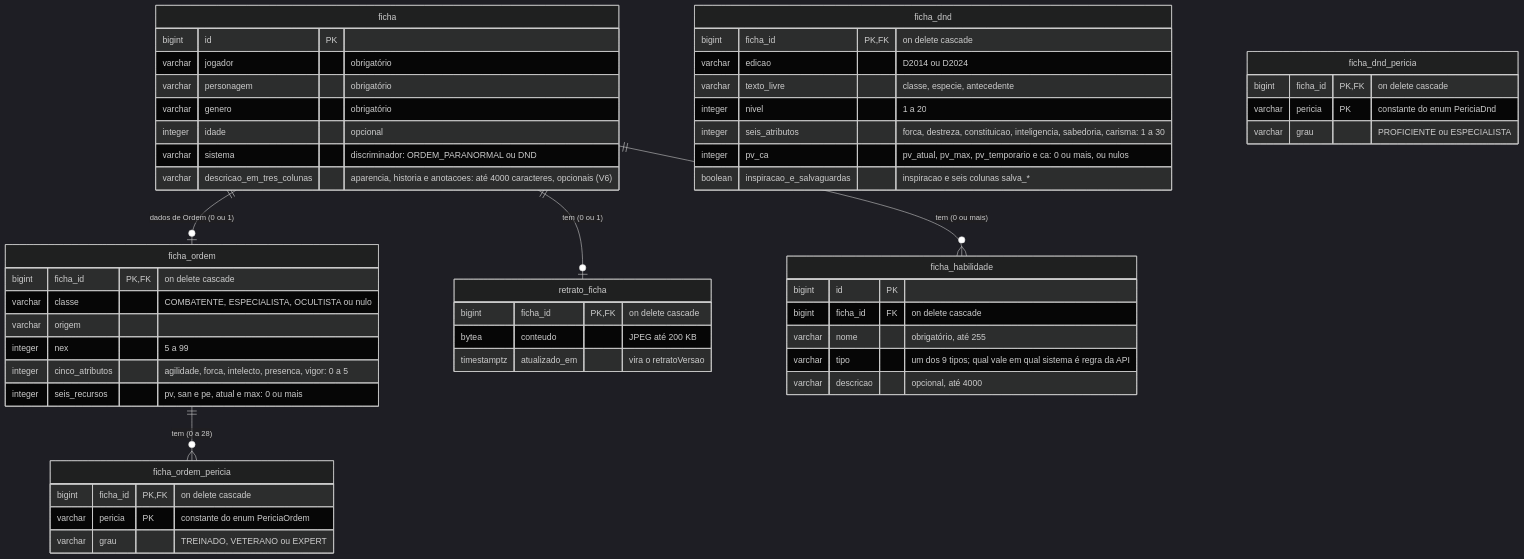
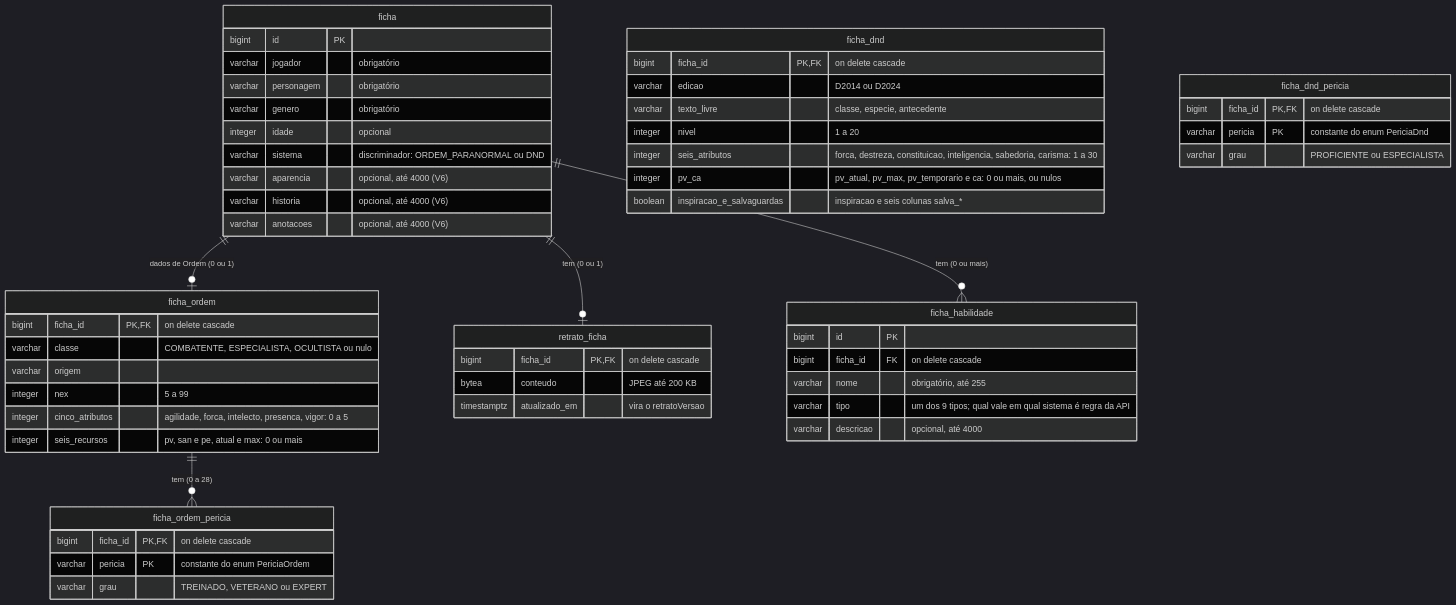
Before and after one commit to Deive25/Gerenciador-de-Fichas-RPG: the second of 2 diagrams in README.md, drawn with Mermaid (dark theme). The commit also changed other lines of this file, not shown here.

Commit message:
docs: ajustes no README do 2.1g (situacao dos PRs, diagrama ER e virgulas)

````diff
--- a/README.md
+++ b/README.md
@@ -342,55 +343,57 @@
 ```mermaid
 erDiagram
     ficha ||--o| ficha_ordem : "dados de Ordem (0 ou 1)"
     ficha_ordem ||--o{ ficha_ordem_pericia : "tem (0 a 28)"
     ficha ||--o| retrato_ficha : "tem (0 ou 1)"
     ficha ||--o{ ficha_habilidade : "tem (0 ou mais)"
     ficha {
         bigint id PK
         varchar jogador "obrigatório"
         varchar personagem "obrigatório"
         varchar genero "obrigatório"
         integer idade "opcional"
         varchar sistema "discriminador: ORDEM_PARANORMAL ou DND"
-        varchar descricao_em_tres_colunas "aparencia, historia e anotacoes: até 4000 caracteres, opcionais (V6)"
+        varchar aparencia "opcional, até 4000 (V6)"
+        varchar historia "opcional, até 4000 (V6)"
+        varchar anotacoes "opcional, até 4000 (V6)"
     }
     ficha_ordem {
         bigint ficha_id PK, FK "on delete cascade"
         varchar classe "COMBATENTE, ESPECIALISTA, OCULTISTA ou nulo"
         varchar origem
         integer nex "5 a 99"
         integer cinco_atributos "agilidade, forca, intelecto, presenca, vigor: 0 a 5"
         integer seis_recursos "pv, san e pe, atual e max: 0 ou mais"
     }
     ficha_ordem_pericia {
         bigint ficha_id PK, FK "on delete cascade"
         varchar pericia PK "constante do enum PericiaOrdem"
         varchar grau "TREINADO, VETERANO ou EXPERT"
     }
     ficha_dnd {
         bigint ficha_id PK, FK "on delete cascade"
         varchar edicao "D2014 ou D2024"
         varchar texto_livre "classe, especie, antecedente"
         integer nivel "1 a 20"
         integer seis_atributos "forca, destreza, constituicao, inteligencia, sabedoria, carisma: 1 a 30"
         integer pv_ca "pv_atual, pv_max, pv_temporario e ca: 0 ou mais, ou nulos"
         boolean inspiracao_e_salvaguardas "inspiracao e seis colunas salva_*"
     }
     ficha_dnd_pericia {
         bigint ficha_id PK, FK "on delete cascade"
         varchar pericia PK "constante do enum PericiaDnd"
         varchar grau "PROFICIENTE ou ESPECIALISTA"
     }
     ficha_habilidade {
         bigint id PK
         bigint ficha_id FK "on delete cascade"
         varchar nome "obrigatório, até 255"
         varchar tipo "um dos 9 tipos; qual vale em qual sistema é regra da API"
         varchar descricao "opcional, até 4000"
     }
     retrato_ficha {
         bigint ficha_id PK, FK "on delete cascade"
         bytea conteudo "JPEG até 200 KB"
         timestamptz atualizado_em "vira o retratoVersao"
     }
 ```
````
